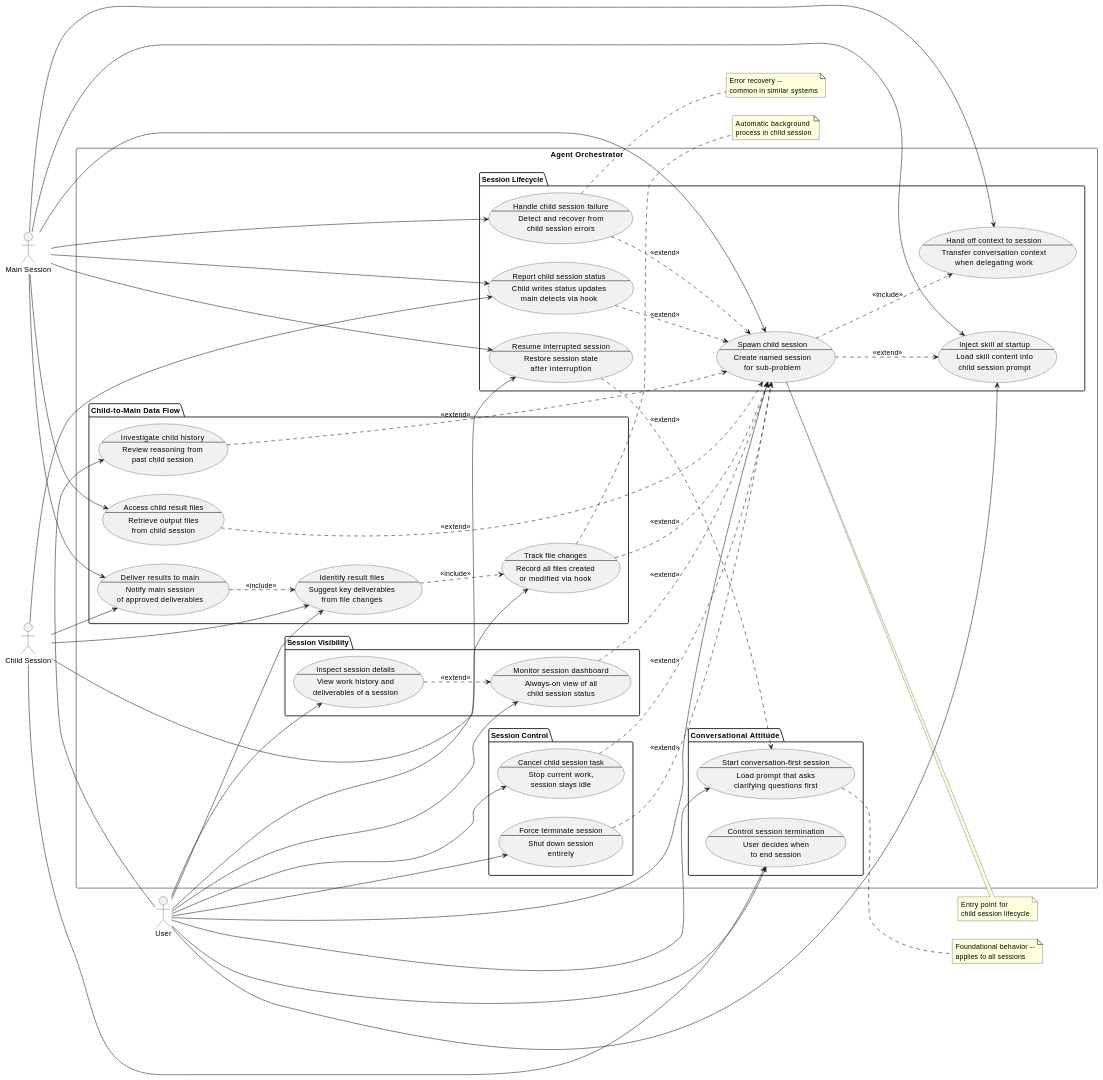
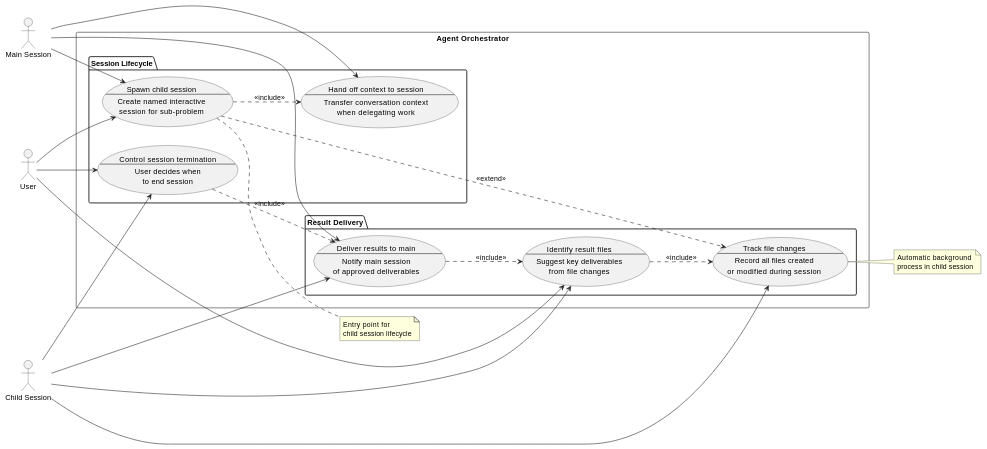
The diagram in A4/co-think/agent-orchestrator.usecase.md (studykit/studykit-marketplace), drawn with PlantUML before and after one commit. The commit also changed other lines of this file and 2 other files, not shown here.

First line of the commit message:
usecase(agent-orchestrator): revision 10

````diff
--- a/A4/co-think/agent-orchestrator.usecase.md
+++ b/A4/co-think/agent-orchestrator.usecase.md
@@ -86,79 +87,26 @@
 actor "Child Session" as child
 
 rectangle "Agent Orchestrator" {
-  package "Conversational Attitude" {
-    usecase UC1 as "Start conversation-first session
+  package "Session Lifecycle" {
+    usecase UC2 as "Spawn child session
     --
-    Load prompt that asks
-    clarifying questions first"
+    Create named interactive
+    session for sub-problem"
+    usecase UC14 as "Hand off context to session
+    --
+    Transfer conversation context
+    when delegating work"
     usecase UC6 as "Control session termination
     --
     User decides when
     to end session"
   }
 
-  package "Session Lifecycle" {
-    usecase UC2 as "Spawn child session
-    --
-    Create named session
-    for sub-problem"
-    usecase UC3 as "Report child session status
-    --
-    Child writes status updates
-    main detects via hook"
-    usecase UC7 as "Inject skill at startup
-    --
-    Load skill content into
-    child session prompt"
-    usecase UC11 as "Resume interrupted session
-    --
-    Restore session state
-    after interruption"
-    usecase UC12 as "Handle child session failure
-    --
-    Detect and recover from
-    child session errors"
-    usecase UC14 as "Hand off context to session
-    --
-    Transfer conversation context
-    when delegating work"
-  }
-
-  package "Session Control" {
-    usecase UC17 as "Cancel child session task
-    --
-    Stop current work,
-    session stays idle"
-    usecase UC18 as "Force terminate session
-    --
-    Shut down session
-    entirely"
-  }
-
-  package "Session Visibility" {
-    usecase UC15 as "Monitor session dashboard
-    --
-    Always-on view of all
-    child session status"
-    usecase UC16 as "Inspect session details
-    --
-    View work history and
-    deliverables of a session"
-  }
-
-  package "Child-to-Main Data Flow" {
-    usecase UC4 as "Access child result files
-    --
-    Retrieve output files
-    from child session"
-    usecase UC5 as "Investigate child history
-    --
-    Review reasoning from
-    past child session"
+  package "Result Delivery" {
     usecase UC8 as "Track file changes
     --
     Record all files created
-    or modified via hook"
+    or modified during session"
     usecase UC9 as "Identify result files
     --
     Suggest key deliverables
@@ -170,52 +118,24 @@
   }
 }
 
-user --> UC1
 user --> UC2
-user --> UC5
 user --> UC6
-user --> UC7
 user --> UC9
-user --> UC11
-user --> UC15
-user --> UC16
-user --> UC17
-user --> UC18
 
 main --> UC2
-main --> UC3
-main --> UC4
-main --> UC7
 main --> UC10
-main --> UC11
-main --> UC12
 main --> UC14
 
-child --> UC3
 child --> UC6
 child --> UC8
 child --> UC9
 child --> UC10
 
-UC2 ..> UC7 : <<extend>>
 UC2 ..> UC14 : <<include>>
-UC3 ..> UC2 : <<extend>>
-UC4 ..> UC2 : <<extend>>
-UC5 ..> UC2 : <<extend>>
+UC2 ..> UC8 : <<extend>>
 UC9 ..> UC8 : <<include>>
 UC10 ..> UC9 : <<include>>
-UC11 ..> UC1 : <<extend>>
-UC8 ..> UC2 : <<extend>>
-UC12 ..> UC2 : <<extend>>
-UC15 ..> UC2 : <<extend>>
-UC16 ..> UC15 : <<extend>>
-UC17 ..> UC2 : <<extend>>
-UC18 ..> UC2 : <<extend>>
-
-note right of UC1
-  Foundational behavior --
-  applies to all sessions
-end note
+UC6 ..> UC10 : <<include>>
 
 note right of UC2
   Entry point for
@@ -226,10 +146,5 @@
   Automatic background
   process in child session
 end note
-
-note right of UC12
-  Error recovery --
-  common in similar systems
-end note
 @enduml
 ```
````
